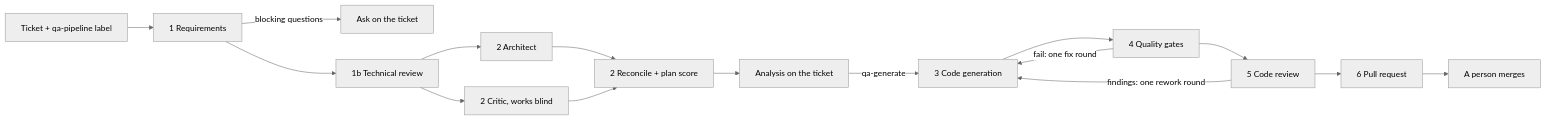
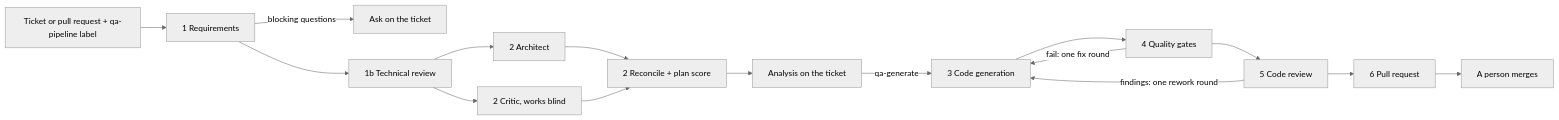
Before and after one commit to Beherrit/agentic-qa-playwright: the diagram in README.md, drawn with Mermaid (neutral theme). The commit also changed other lines of this file and 6 other files, not shown here.

````diff
--- a/README.md
+++ b/README.md
@@ -15,18 +20,18 @@
 ```mermaid
 flowchart LR
-  J["Ticket + qa-pipeline label"] --> R["1 Requirements"]
+  J["Ticket or pull request + qa-pipeline label"] --> R["1 Requirements"]
   R -->|blocking questions| Q["Ask on the ticket"]
   R --> X["1b Technical review"]
   X --> A["2 Architect"]
   X --> C["2 Critic, works blind"]
   A --> M["2 Reconcile + plan score"]
   C --> M
   M --> N["Analysis on the ticket"]
   N -->|qa-generate| G["3 Code generation"]
   G --> T["4 Quality gates"]
   T -->|"fail: one fix round"| G
   T --> V["5 Code review"]
   V -->|"findings: one rework round"| G
   V --> P["6 Pull request"]
   P --> H["A person merges"]
 ```
````
